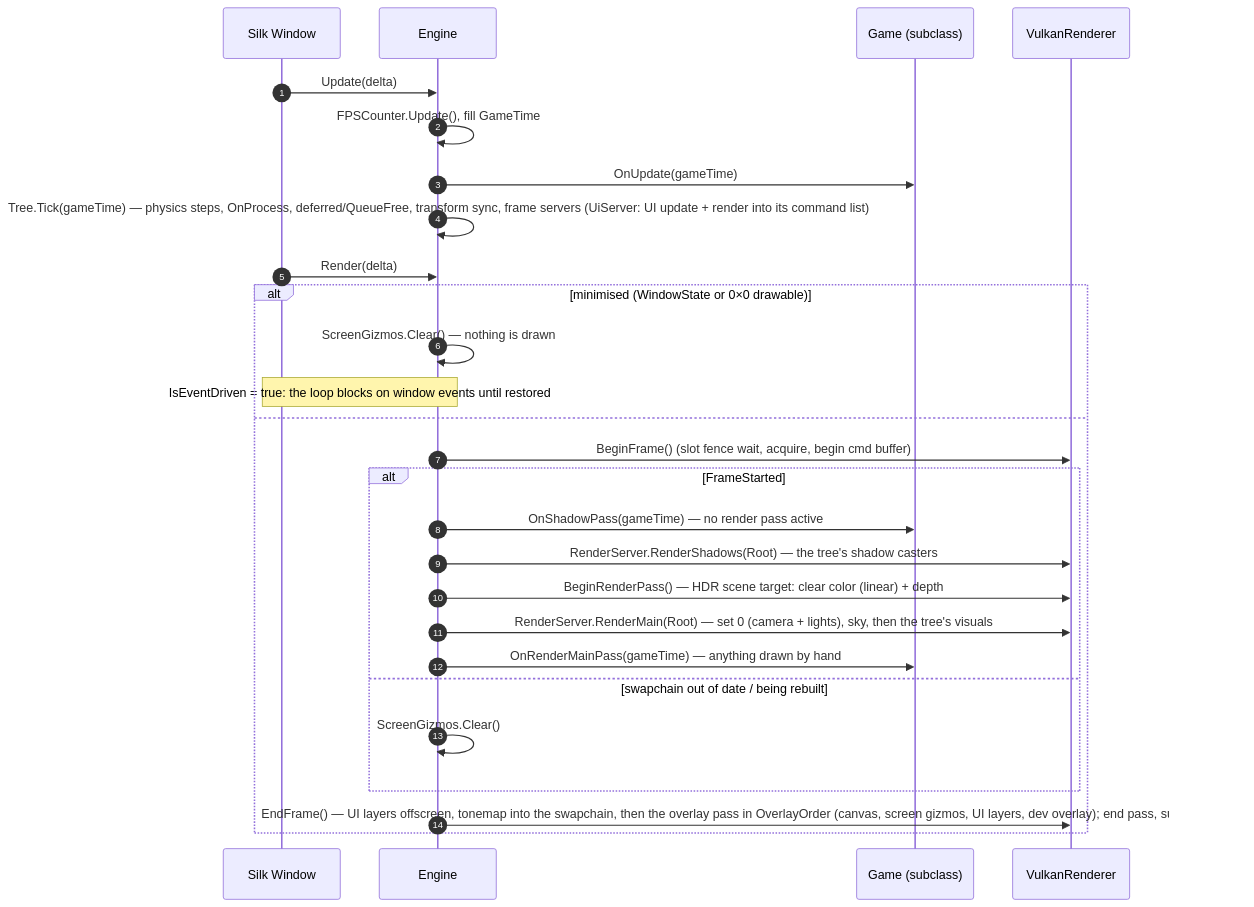
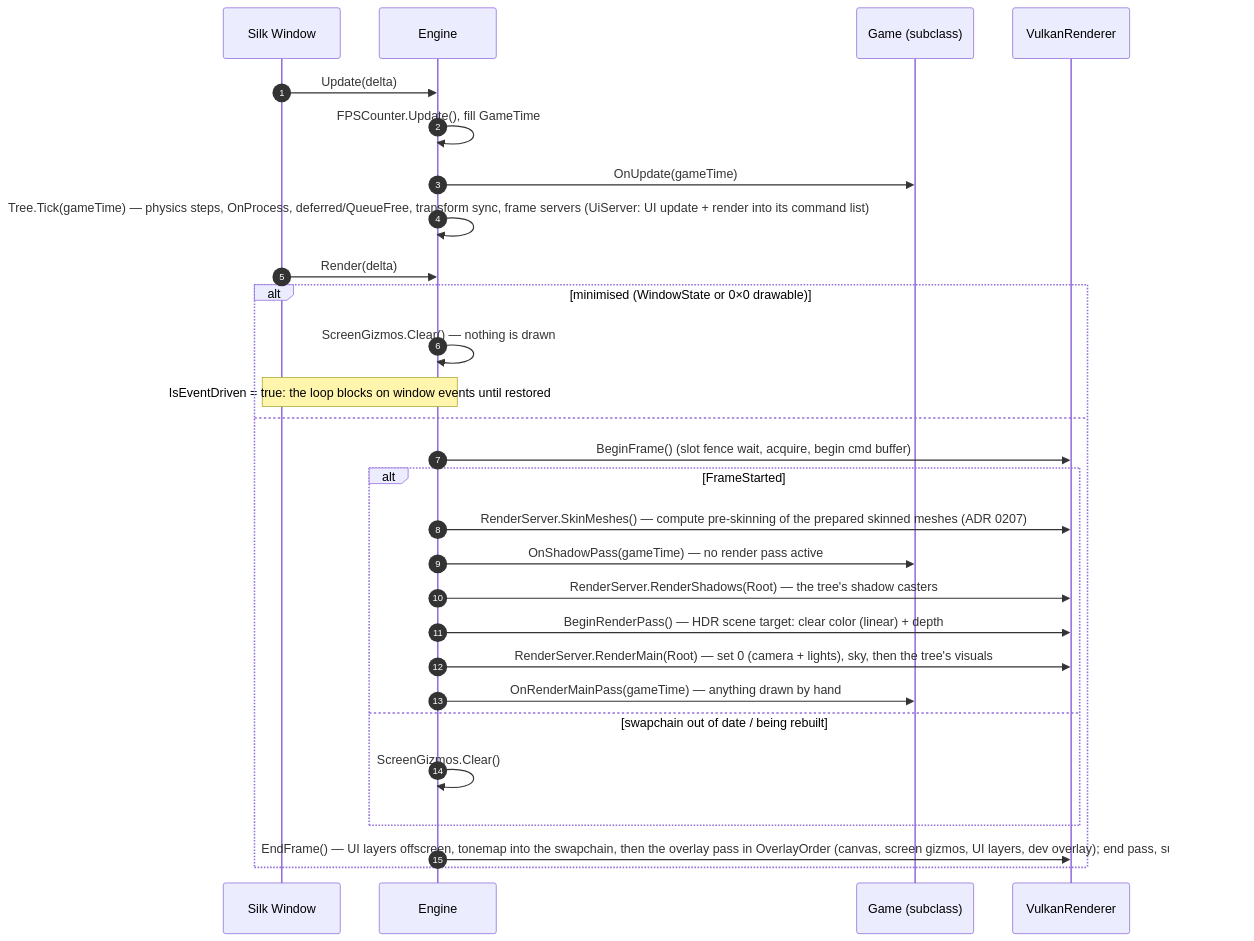
The diagram in docs/design/engine-lifecycle.md (Mainframe-Games/mainframe-engine), drawn with Mermaid before and after one commit. The commit also changed 19 other files, not shown here.

````diff
--- a/docs/design/engine-lifecycle.md
+++ b/docs/design/engine-lifecycle.md
@@ -89,31 +89,32 @@
 ```mermaid
 sequenceDiagram
     autonumber
     participant W as Silk Window
     participant E as Engine
     participant G as Game (subclass)
     participant R as VulkanRenderer
 
     W->>E: Update(delta)
     E->>E: FPSCounter.Update(), fill GameTime
     E->>G: OnUpdate(gameTime)
     E->>E: Tree.Tick(gameTime) — physics steps, OnProcess, deferred/QueueFree, transform sync, frame servers (UiServer: UI update + render into its command list)
 
     W->>E: Render(delta)
     alt minimised (WindowState or 0×0 drawable)
         E->>E: ScreenGizmos.Clear() — nothing is drawn
         Note over E,W: IsEventDriven = true: the loop blocks on window events until restored
     else
         E->>R: BeginFrame() (slot fence wait, acquire, begin cmd buffer)
         alt FrameStarted
+            E->>R: RenderServer.SkinMeshes() — compute pre-skinning of the prepared skinned meshes (ADR 0207)
             E->>G: OnShadowPass(gameTime) — no render pass active
             E->>R: RenderServer.RenderShadows(Root) — the tree's shadow casters
             E->>R: BeginRenderPass() — HDR scene target: clear color (linear) + depth
             E->>R: RenderServer.RenderMain(Root) — set 0 (camera + lights), sky, then the tree's visuals
             E->>G: OnRenderMainPass(gameTime) — anything drawn by hand
         else swapchain out of date / being rebuilt
             E->>E: ScreenGizmos.Clear()
         end
         E->>R: EndFrame() — UI layers offscreen, tonemap into the swapchain, then the overlay pass in OverlayOrder (canvas, screen gizmos, UI layers, dev overlay)#59; end pass, submit, present
     end
 ```
````
